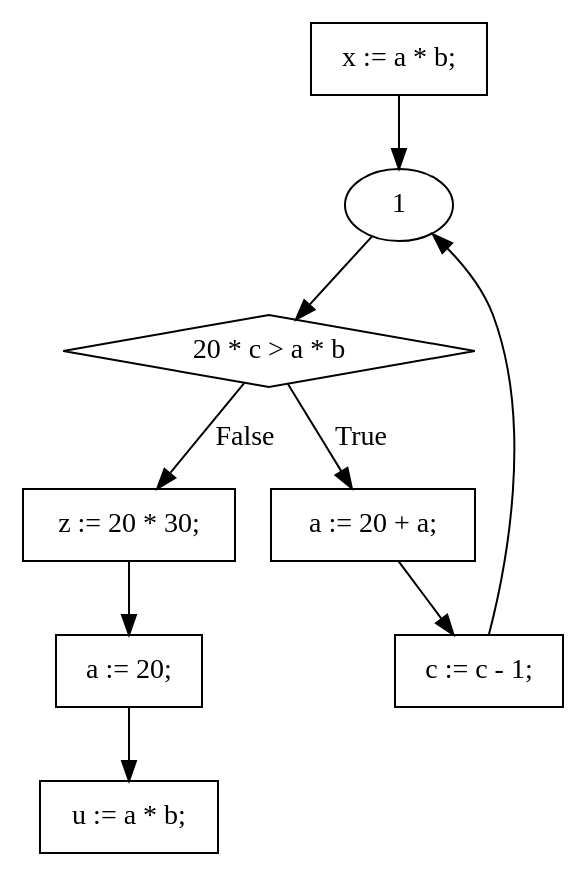
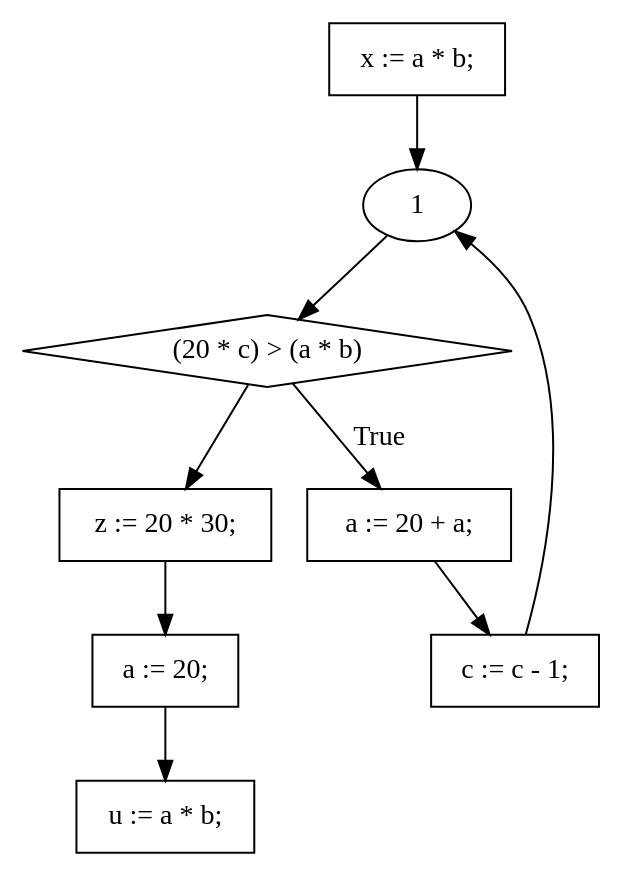
The diagram in graphviz/cfg2.dot (adamschoenemann/asa-analysis), drawn with Graphviz before and after one commit. The commit also changed 9 other files, not shown here.

```diff
--- a/graphviz/cfg2.dot
+++ b/graphviz/cfg2.dot
@@ -1,19 +1,19 @@
-digraph cfg2 {
+digraph CFG2 {
 	0 [shape=box,label="x := a * b;"]
 	1
-	2 [shape=diamond,label="20 * c > a * b"]
+	2 [shape=diamond,label="(20 * c) > (a * b)"]
 	3 [shape=box,label="a := 20 + a;"]
 	4 [shape=box,label="c := c - 1;"]
 	5 [shape=box,label="z := 20 * 30;"]
 	6 [shape=box,label="a := 20;"]
 	7 [shape=box,label="u := a * b;"]
 
 	0 -> 1
 	1 -> 2
 	2 -> 3 [label="True"]
-	2 -> 5 [label="False"]
+	2 -> 5
 	3 -> 4
 	4 -> 1
 	5 -> 6
 	6 -> 7
 }
```
